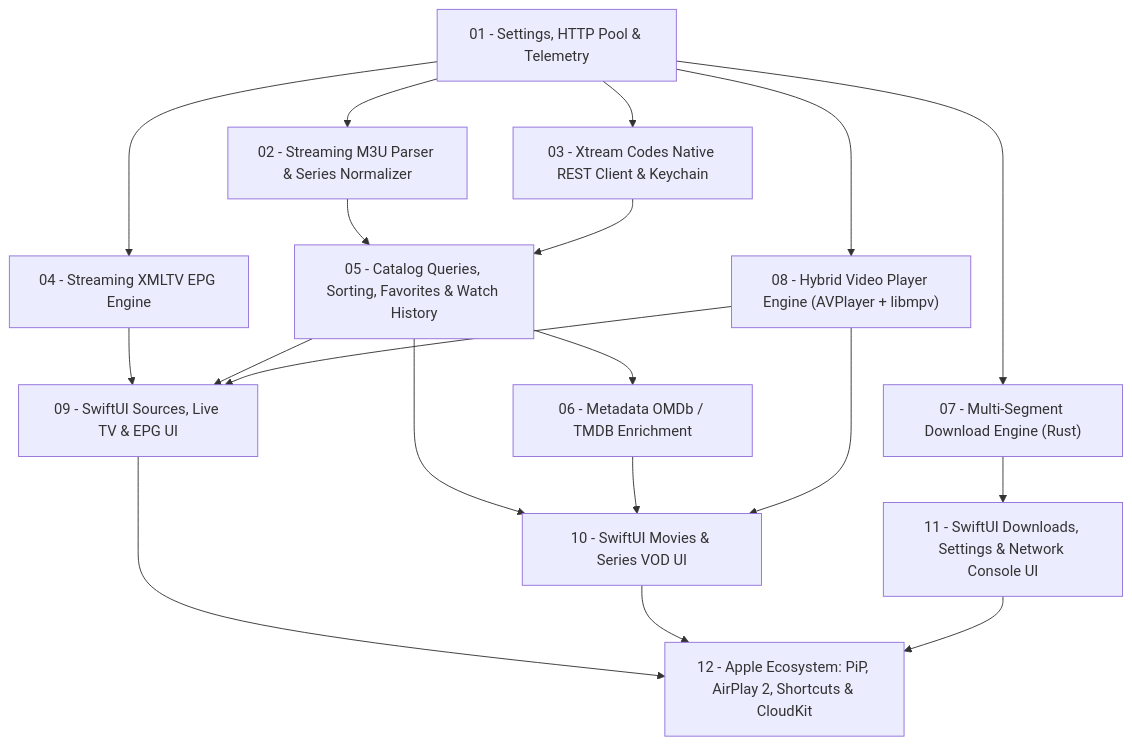
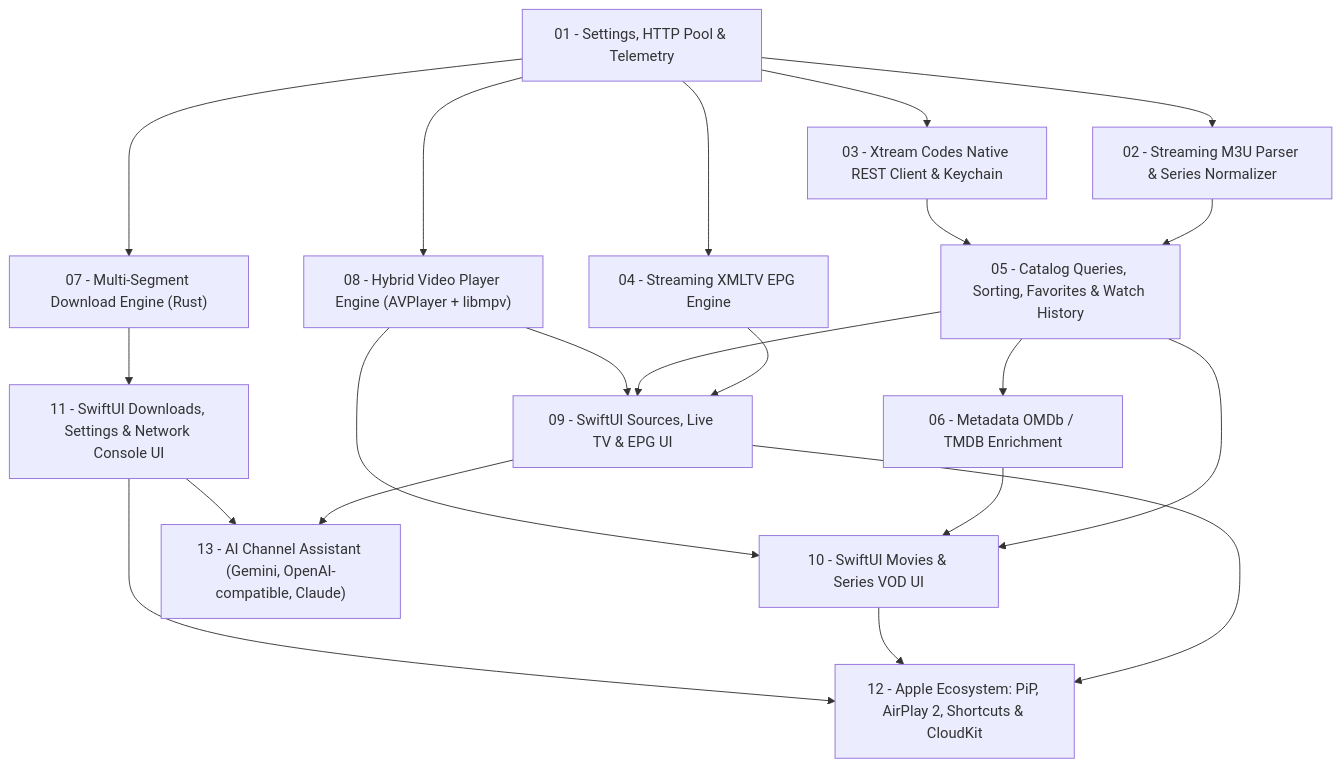
The diagram in PRD/00_INDEX_ROADMAP.md (coundia/buntu), drawn with Mermaid before and after one commit. The commit also changed other lines of this file and 2 other files, not shown here.

Commit message:
Add PRD 13: AI assistant to change channel in natural language
Specifies a Cmd-K command palette that resolves phrases like "mets le match
du PSG" to a channel: local resolution first, then the user's own provider
(Gemini, any OpenAI-compatible endpoint including local Ollama, or Anthropic
Claude) with constrained JSON output validated against the candidate list.
Covers the UniFFI contract, privacy (what is and is never sent), key storage
in the Keychain, prompt-injection handling, UI, guardrails and acceptance
tests. Roadmap index and README updated; status open.

````diff
--- a/PRD/00_INDEX_ROADMAP.md
+++ b/PRD/00_INDEX_ROADMAP.md
@@ -35,21 +35,23 @@
 ```mermaid
 flowchart TD
     P01["01 - Settings, HTTP Pool & Telemetry"] --> P02["02 - Streaming M3U Parser & Series Normalizer"]
     P01 --> P03["03 - Xtream Codes Native REST Client & Keychain"]
     P01 --> P04["04 - Streaming XMLTV EPG Engine"]
     P01 --> P07["07 - Multi-Segment Download Engine (Rust)"]
     P02 --> P05["05 - Catalog Queries, Sorting, Favorites & Watch History"]
     P03 --> P05
     P05 --> P06["06 - Metadata OMDb / TMDB Enrichment"]
     P01 --> P08["08 - Hybrid Video Player Engine (AVPlayer + libmpv)"]
     P04 --> P09["09 - SwiftUI Sources, Live TV & EPG UI"]
     P05 --> P09
     P08 --> P09
     P05 --> P10["10 - SwiftUI Movies & Series VOD UI"]
     P06 --> P10
     P08 --> P10
     P07 --> P11["11 - SwiftUI Downloads, Settings & Network Console UI"]
     P09 --> P12["12 - Apple Ecosystem: PiP, AirPlay 2, Shortcuts & CloudKit"]
     P10 --> P12
     P11 --> P12
+    P09 --> P13["13 - AI Channel Assistant (Gemini, OpenAI-compatible, Claude)"]
+    P11 --> P13
 ```
````
